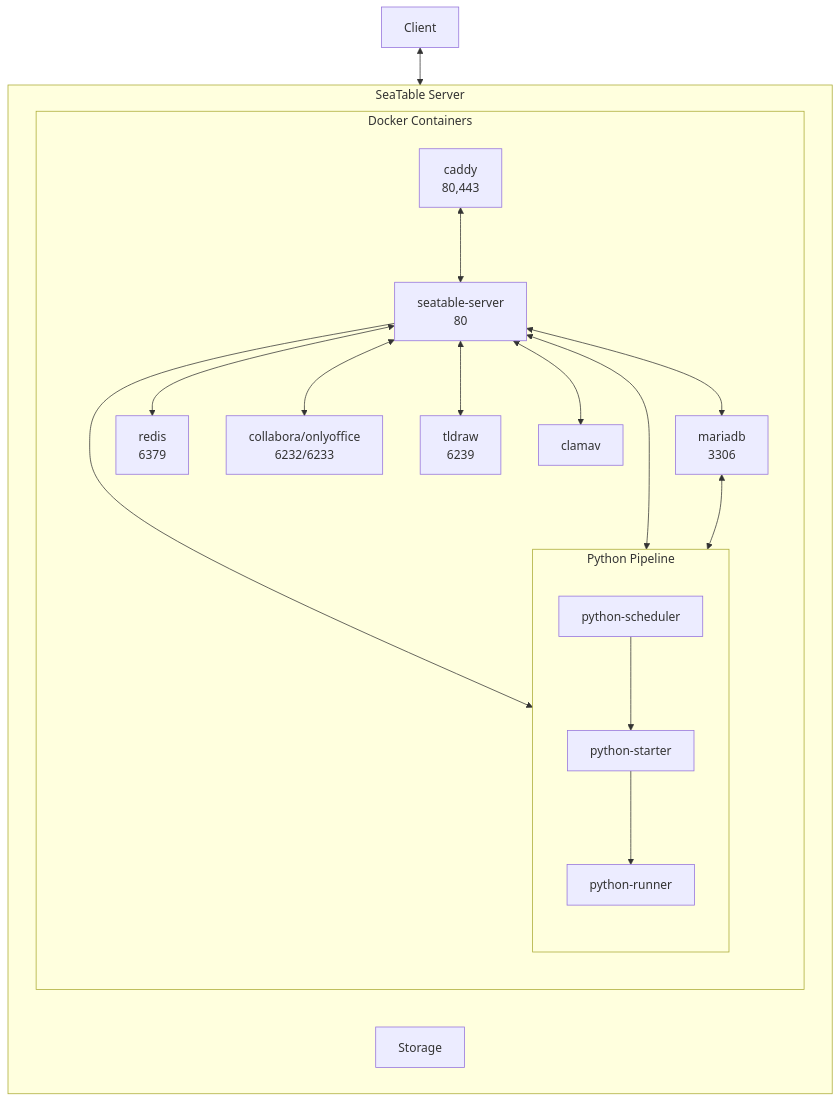
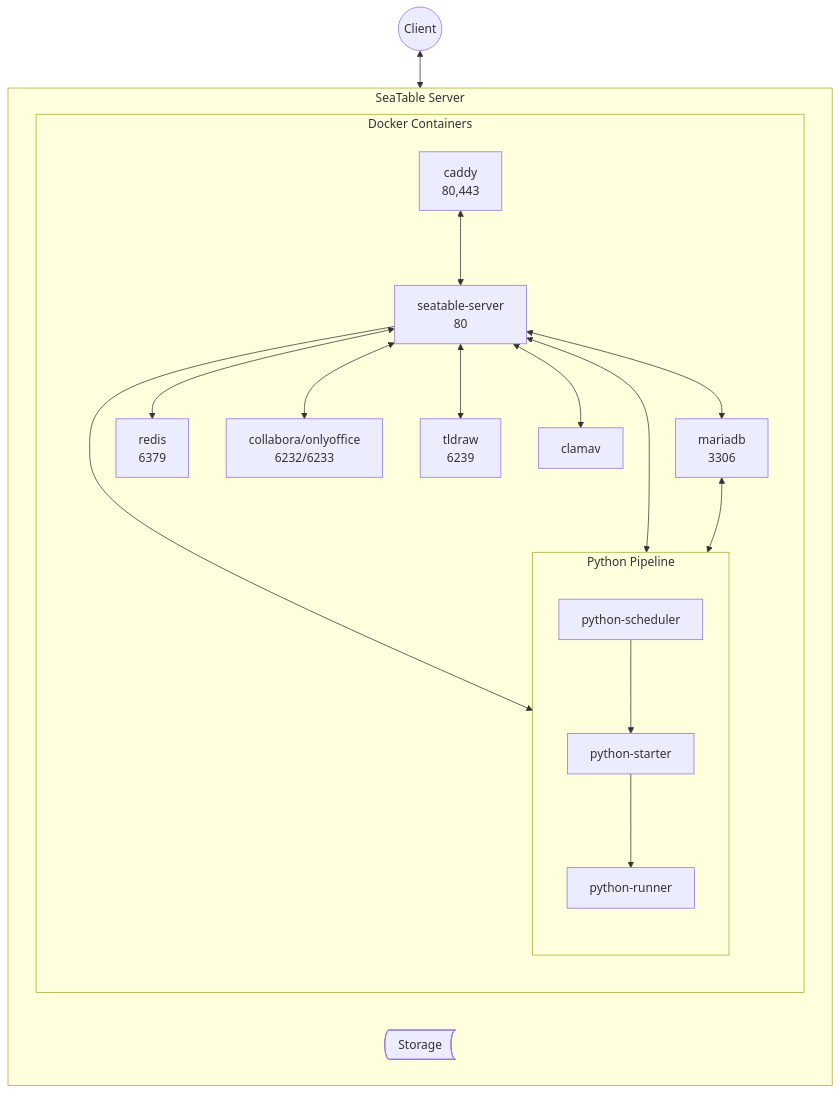
One commit to seatable/seatable-admin-docs changed the second of 3 diagrams in docs/introduction/architecture.md. Above: the diagram before and after it, drawn with Mermaid. The commit also changed other lines of this file, not shown here.

Commit message:
Optimized shapes

````diff
--- a/docs/introduction/architecture.md
+++ b/docs/introduction/architecture.md
@@ -31,35 +31,35 @@
 ```mermaid
 flowchart TB
-    Client<-->C
+    Client@{ shape: circle , label: "Client"}<-->C
     subgraph SeaTable Server
         direction LR
         subgraph Docker Containers
             direction TB
             C[caddy<br/>80,443]
             SS[seatable-server<br/>80]
             MDB[mariadb<br/>3306]
             R[redis<br/>6379]
             OO[collabora/onlyoffice<br/>6232/6233]
             Tld[tldraw<br/>6239]
             CAV[clamav<br/>]
             C<-->SS
             SS<-->MDB
             SS<-->R
             SS<-->OO
             SS<-->Tld
             SS<-->CAV
                subgraph p[Python Pipeline]
                   direction TB
                   PSc[python-scheduler]
                   PSt[python-starter]
                   PR[python-runner]
                   PSc-->PSt
                   PSt-->PR
                end
             SS-->PSc
             SS<-->PR
             MDB<-->PSc
         end
-        F[Storage]
+        F@{ shape: bow-rect, label: "Storage"}
     end
 ```
````
